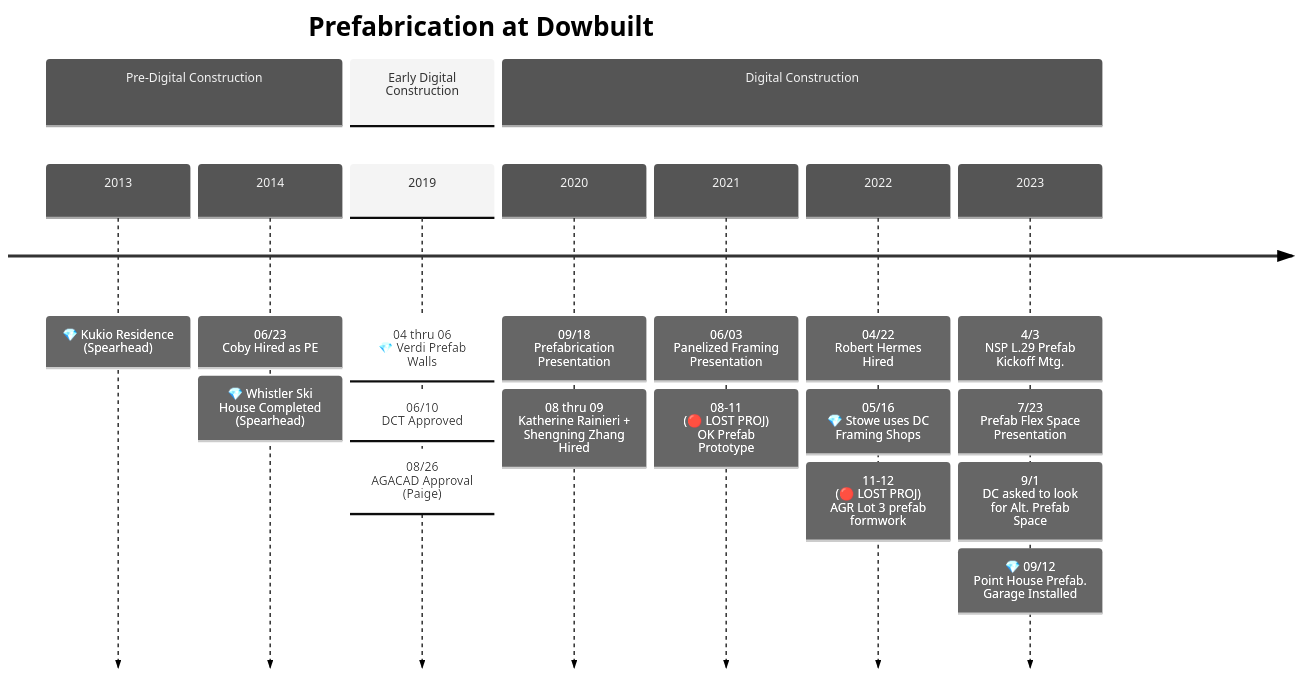
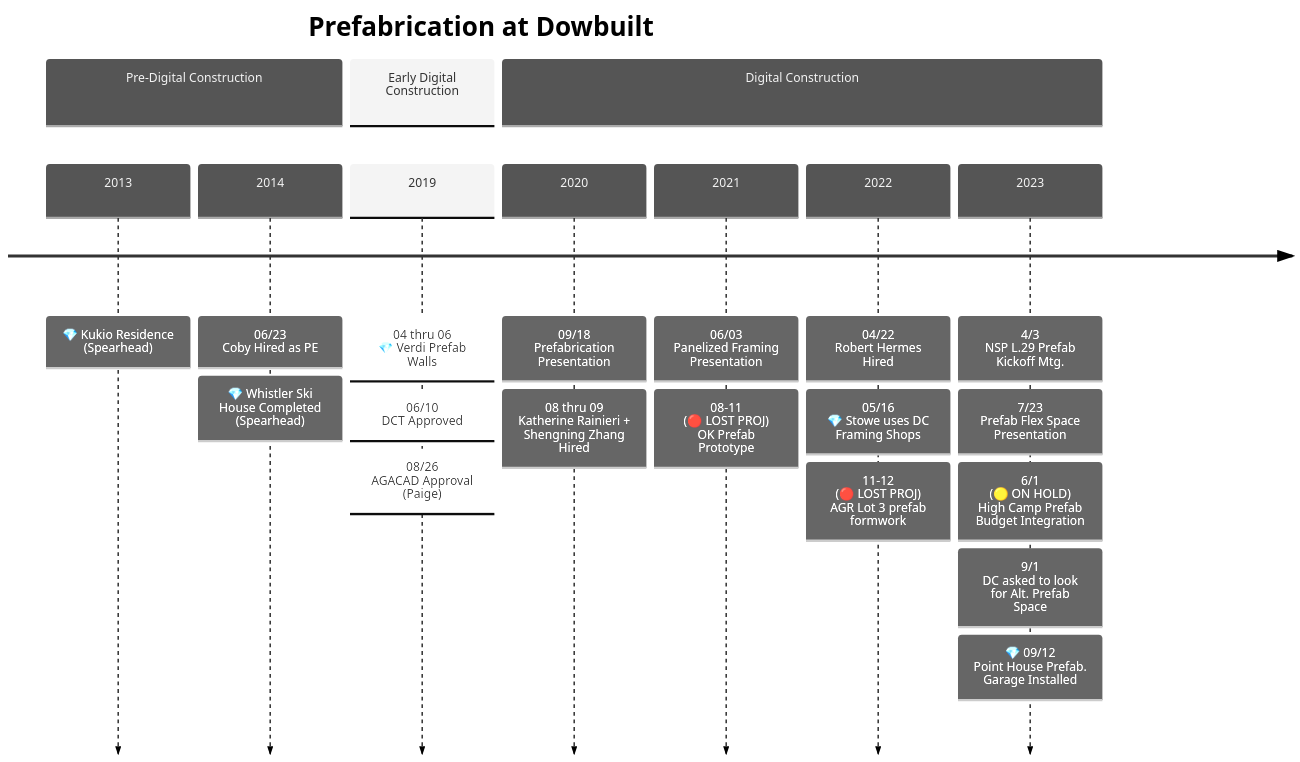
Before and after one commit to cobyiv/notes: the diagram in Prefab_at_Dowbuilt.md, drawn with Mermaid.

Commit message:
5:12pm Prefab Timeline Update

````diff
--- a/Prefab_at_Dowbuilt.md
+++ b/Prefab_at_Dowbuilt.md
@@ -5,15 +5,15 @@
 ```mermaid
     %%{init: { 'logLevel': 'debug', 'theme': 'neutral', "graph": {"htmlLabels": true}} }%%
     timeline
         title Prefabrication at Dowbuilt
         section Pre-Digital Construction
           2013 : 💎 Kukio Residence (Spearhead)
           2014 : 06/23 <br> Coby Hired as PE : 💎 Whistler Ski House Completed (Spearhead)
         section Early Digital Construction
           2019 : 04 thru 06 <br> 💎 Verdi Prefab Walls : 06/10 <br> DCT Approved : 08/26 <br> AGACAD Approval (Paige)
         section Digital Construction
           2020 : 09/18 <br> Prefabrication Presentation : 08 thru 09 <br> Katherine Rainieri + Shengning Zhang Hired
           2021 : 06/03 <br> Panelized Framing Presentation : 08-11 <br> (🔴 LOST PROJ) <br> OK Prefab Prototype
           2022 : 04/22 <br> Robert Hermes Hired : 05/16 <br> 💎 Stowe uses DC Framing Shops : 11-12 <br> (🔴 LOST PROJ) <br> AGR Lot 3 prefab formwork
-          2023 : 4/3 <br> NSP L.29 Prefab Kickoff Mtg. : 7/23 <br> Prefab Flex Space Presentation : 9/1 <br> DC asked to look for Alt. Prefab Space : 💎 09/12 <br> Point House Prefab. Garage Installed
+          2023 : 4/3 <br> NSP L.29 Prefab Kickoff Mtg. : 7/23 <br> Prefab Flex Space Presentation : 6/1 <br> (🟡 ON HOLD)<br> High Camp Prefab Budget Integration : 9/1 <br> DC asked to look for Alt. Prefab Space : 💎 09/12 <br> Point House Prefab. Garage Installed
 ```
````
